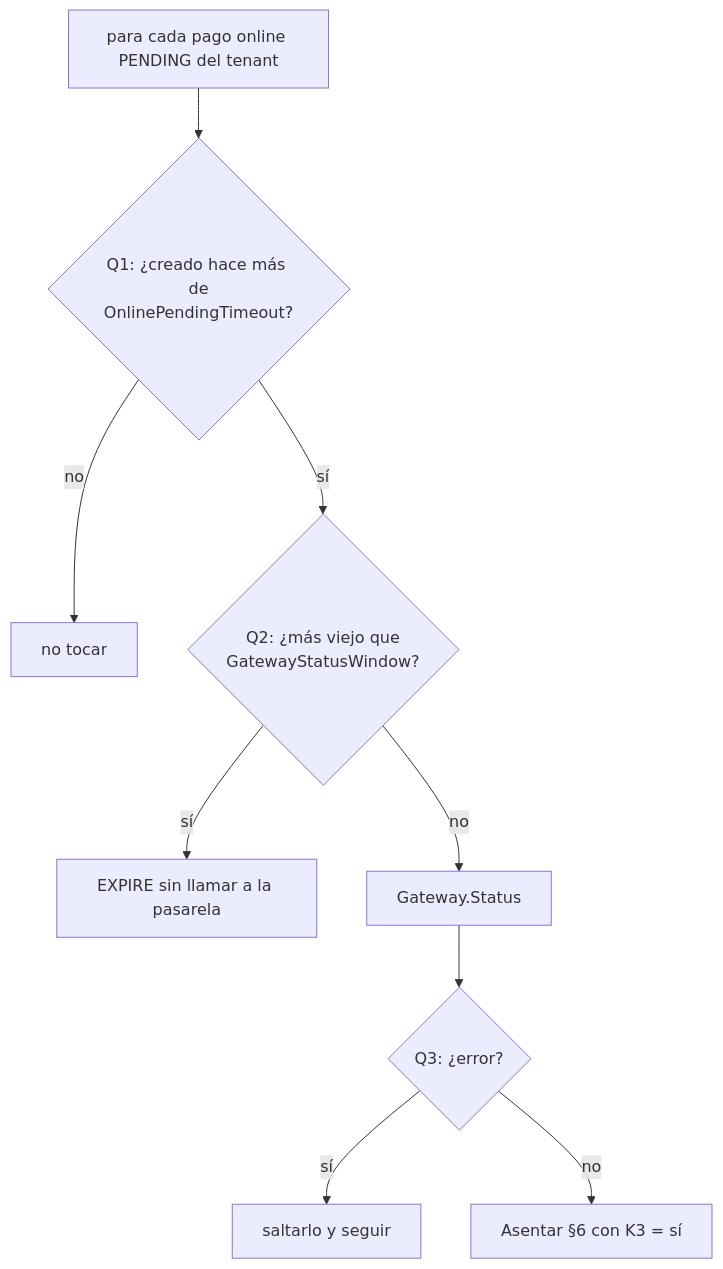
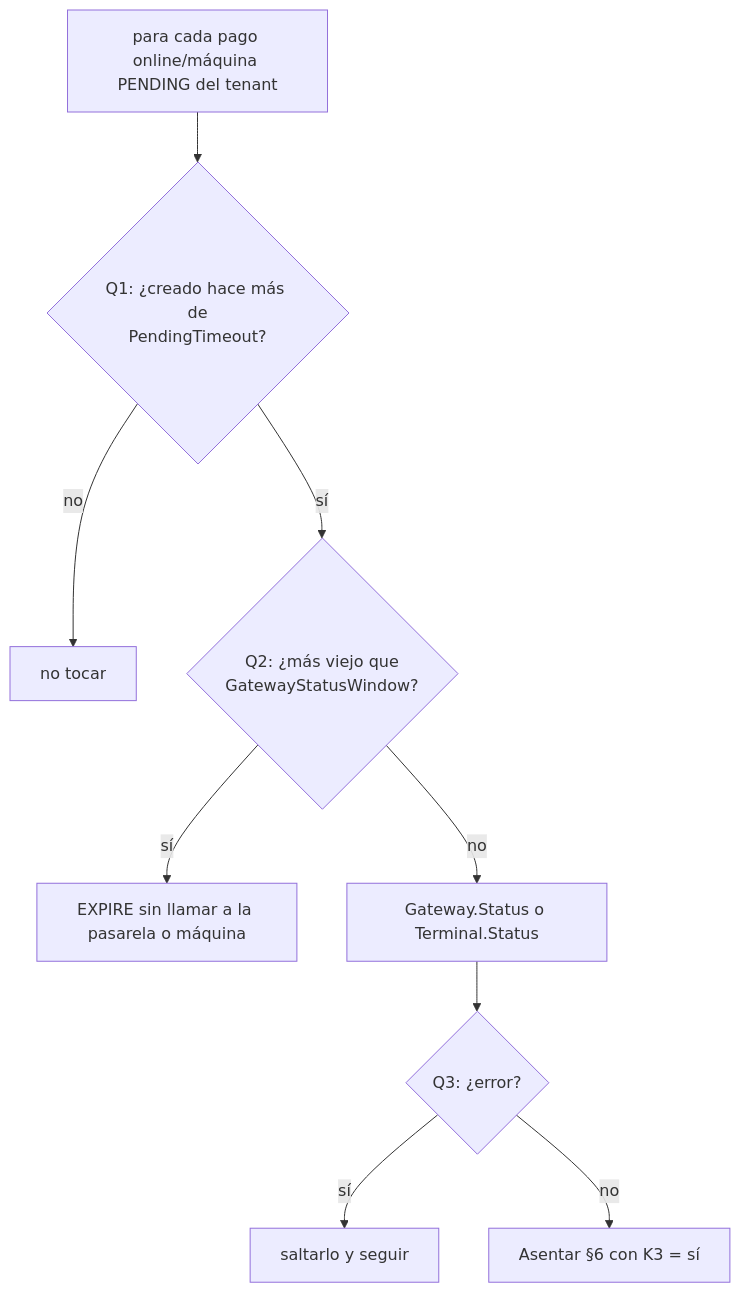
The eighth of 11 diagrams in docs/diagrams/flows.md (veltylabs/payment_manager), drawn with Mermaid before and after one commit. The commit also changed other lines of this file and 23 other files, not shown here.

````diff
--- a/docs/diagrams/flows.md
+++ b/docs/diagrams/flows.md
@@ -160,11 +158,11 @@
 ```mermaid
 flowchart TD
-    A[para cada pago online PENDING del tenant] --> Q1{Q1: ¿creado hace más de<br>OnlinePendingTimeout?}
+    A[para cada pago online/máquina PENDING del tenant] --> Q1{Q1: ¿creado hace más de<br>PendingTimeout?}
     Q1 -- no --> SKIP[no tocar]
     Q1 -- sí --> Q2{Q2: ¿más viejo que<br>GatewayStatusWindow?}
-    Q2 -- sí --> EXP[EXPIRE sin llamar a la pasarela]
-    Q2 -- no --> ST[Gateway.Status]
+    Q2 -- sí --> EXP[EXPIRE sin llamar a la pasarela o máquina]
+    Q2 -- no --> ST[Gateway.Status o Terminal.Status]
     ST --> Q3{Q3: ¿error?}
     Q3 -- sí --> NEXT[saltarlo y seguir]
     Q3 -- no --> SETTLE[Asentar §6 con K3 = sí]
 ```
````
